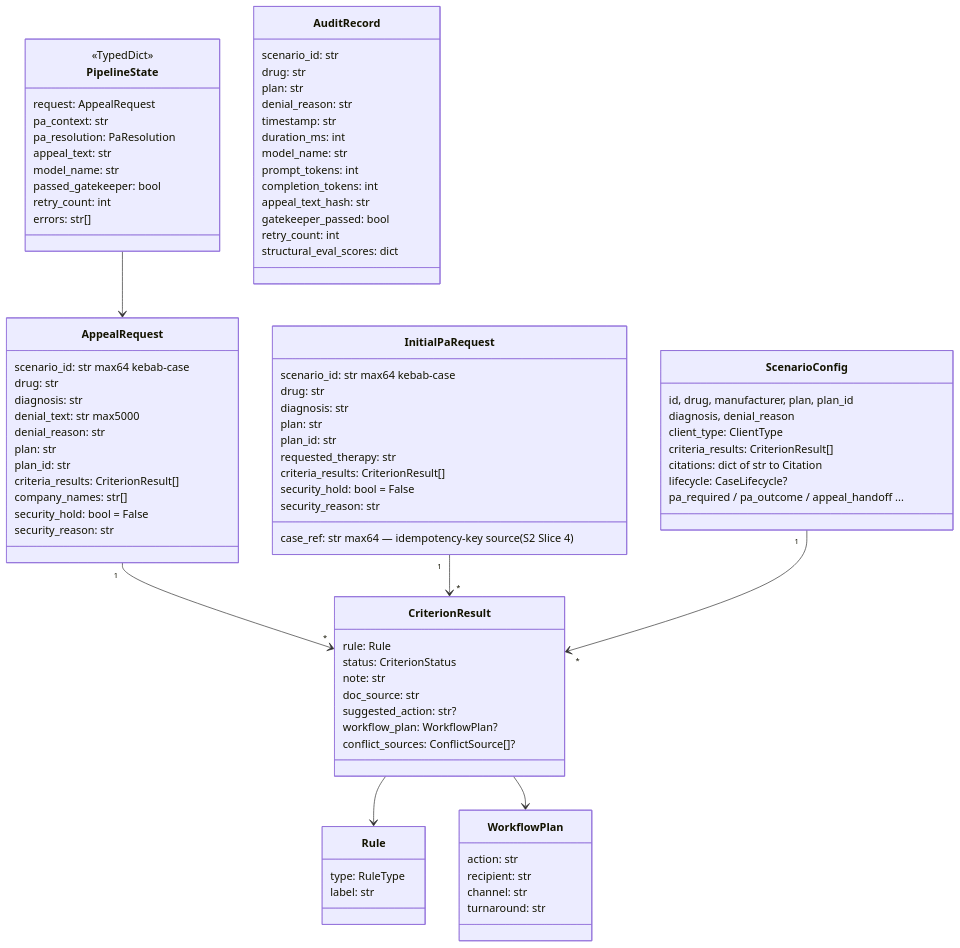
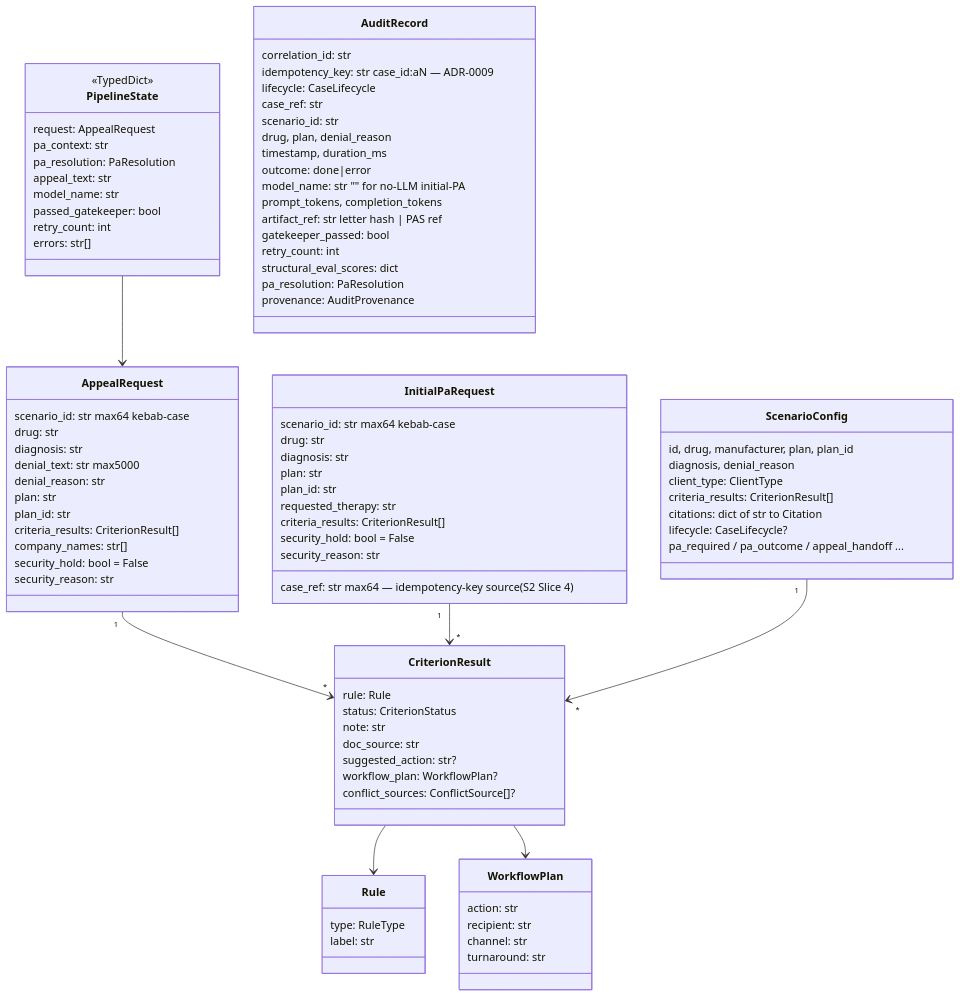
The first of 3 diagrams in docs/architecture/03-domain-model.md (mcruz90/paxos-demo), drawn with Mermaid before and after one commit. The commit also changed other lines of this file and 4 other files, not shown here.

First line of the commit message:
docs(s2-slice4): ADR-0009 idempotency-key shape; CLAUDE.md TARGET tags cleared; 03/06/10 in-series

```diff
--- a/docs/architecture/03-domain-model.md
+++ b/docs/architecture/03-domain-model.md
@@ -58,19 +58,22 @@
         turnaround: str
     }
     class AuditRecord {
+        correlation_id: str
+        idempotency_key: str  case_id:aN — ADR-0009
+        lifecycle: CaseLifecycle
+        case_ref: str
         scenario_id: str
-        drug: str
-        plan: str
-        denial_reason: str
-        timestamp: str
-        duration_ms: int
-        model_name: str
-        prompt_tokens: int
-        completion_tokens: int
-        appeal_text_hash: str
+        drug, plan, denial_reason
+        timestamp, duration_ms
+        outcome: done|error
+        model_name: str  "" for no-LLM initial-PA
+        prompt_tokens, completion_tokens
+        artifact_ref: str  letter hash | PAS ref
         gatekeeper_passed: bool
         retry_count: int
         structural_eval_scores: dict
+        pa_resolution: PaResolution
+        provenance: AuditProvenance
     }
     class ScenarioConfig {
         id, drug, manufacturer, plan, plan_id
```
